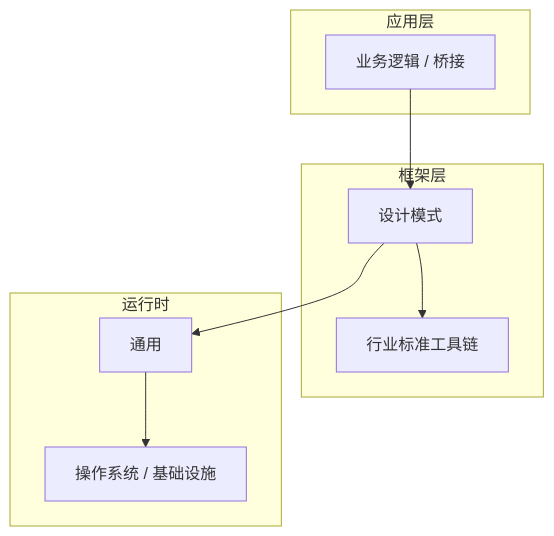
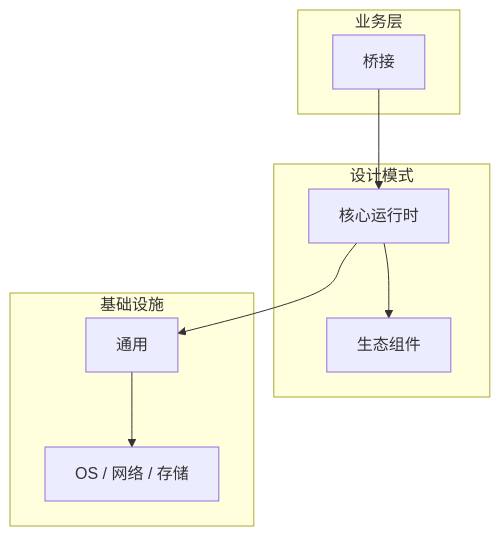
Before and after one commit to yanggan2015/knowledge-json-v2: the diagram in articles/设计模式/chapters/049-桥接核心概念与原理.md, drawn with Mermaid. The commit also changed other lines of this file and 10127 other files, not shown here.

````diff
--- a/articles/设计模式/chapters/049-桥接核心概念与原理.md
+++ b/articles/设计模式/chapters/049-桥接核心概念与原理.md
@@ -45,18 +34,18 @@
 ```mermaid
 graph TB
-    subgraph 应用层
-        A[业务逻辑 / 桥接]
+    subgraph 业务层
+        A[桥接]
     end
-    subgraph 框架层
-        B[设计模式]
-        C[行业标准工具链]
+    subgraph 设计模式
+        B[核心运行时]
+        C[生态组件]
     end
-    subgraph 运行时
+    subgraph 基础设施
         D[通用]
-        E[操作系统 / 基础设施]
+        E[OS / 网络 / 存储]
     end
     A --> B
     B --> C
     B --> D
     D --> E
 ```
````
